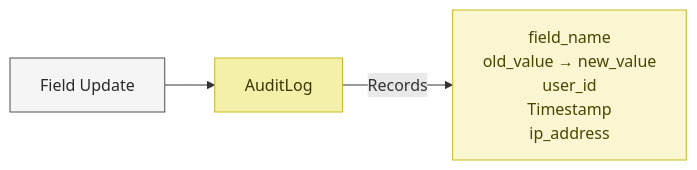
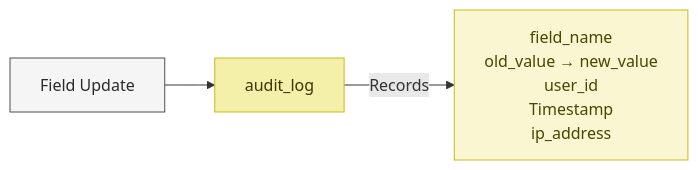
One commit to XRFutureForests/digital-twin-db changed the sixth of 7 diagrams in docs/database-overview.md. Above: the diagram before and after it, drawn with Mermaid. The commit also changed other lines of this file and 18 other files, not shown here.

````diff
--- a/docs/database-overview.md
+++ b/docs/database-overview.md
@@ -541,8 +541,8 @@
 ```mermaid
 flowchart LR
-    Change["Field Update"] --> AuditLog
-    AuditLog --> |"Records"| Details["field_name<br/>old_value → new_value<br/>user_id<br/>Timestamp<br/>ip_address"]
-    style AuditLog fill:#F4EFA9,stroke:#c7bb1a,color:#3a3600
+    Change["Field Update"] --> audit_log
+    audit_log --> |"Records"| Details["field_name<br/>old_value → new_value<br/>user_id<br/>Timestamp<br/>ip_address"]
+    style audit_log fill:#F4EFA9,stroke:#c7bb1a,color:#3a3600
     style Change fill:#f5f5f5,stroke:#4f4f4f,color:#2a2a2a
     style Details fill:#FAF6D2,stroke:#c7bb1a,color:#4a4500
 ```
````
